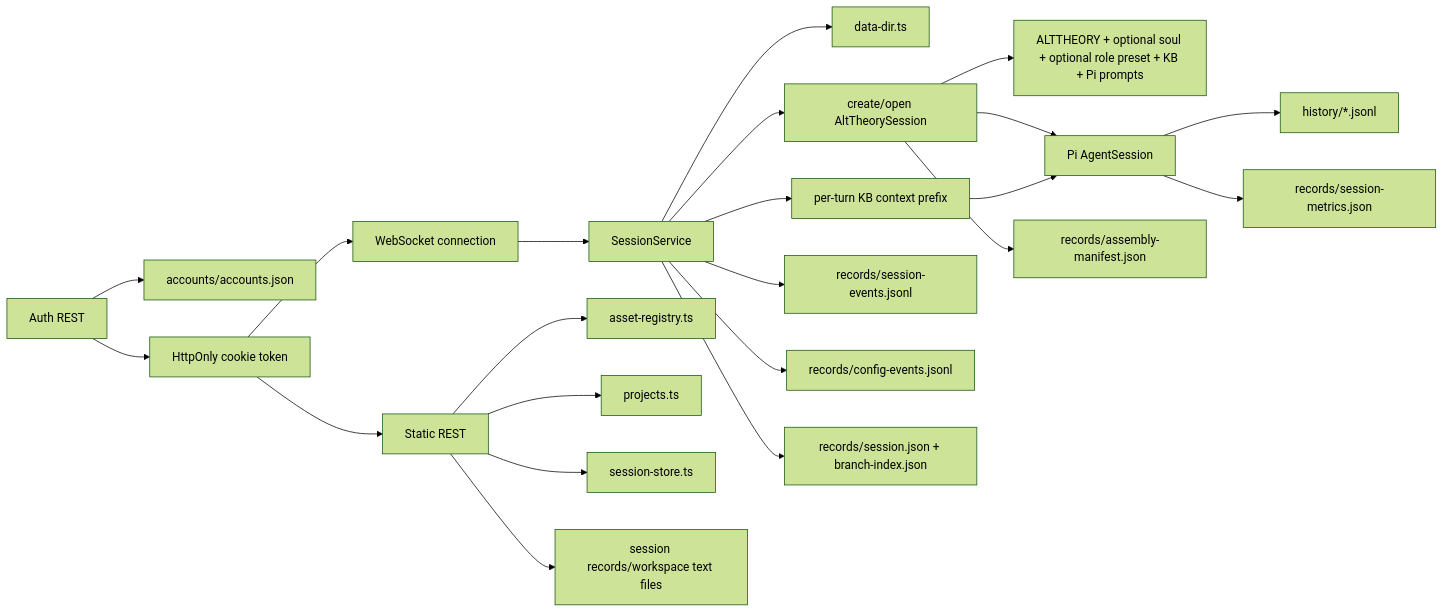
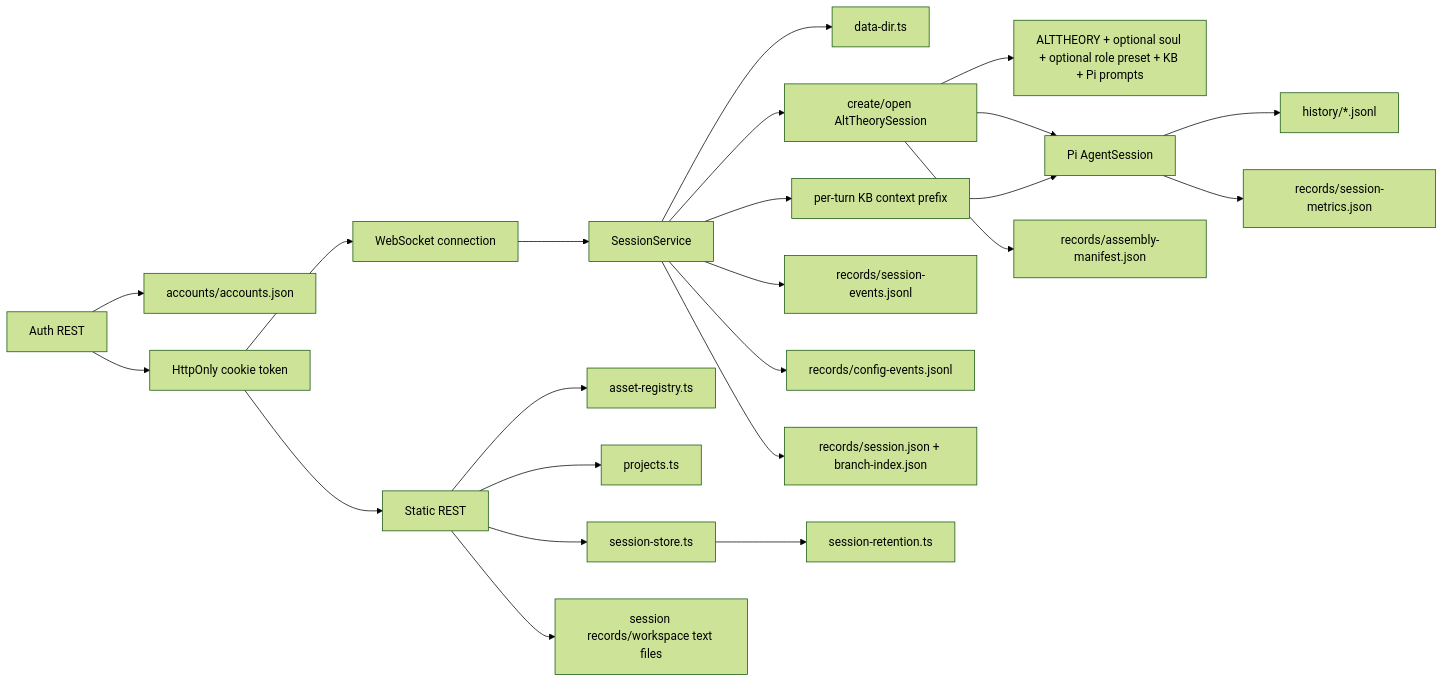
One commit to syuan-research/alt-theory changed the diagram in project/architecture/core-session-engine.md. Above: the diagram before and after it, drawn with Mermaid (forest theme). The commit also changed other lines of this file and 12 other files, not shown here.

Commit message:
feature: add private session retention

````diff
--- a/project/architecture/core-session-engine.md
+++ b/project/architecture/core-session-engine.md
@@ -75,24 +80,25 @@
 ```mermaid
 flowchart LR
   WS[WebSocket connection] --> Service[SessionService]
   Service --> Dirs[data-dir.ts]
   Service --> Core[create/open AltTheorySession]
   Core --> Assets[ALTTHEORY + optional soul + optional role preset + KB + Pi prompts]
   Core --> Pi[Pi AgentSession]
   Service --> Prefix[per-turn KB context prefix]
   Prefix --> Pi
   Pi --> JSONL[history/*.jsonl]
   Core --> Manifest[records/assembly-manifest.json]
   Pi --> Metrics[records/session-metrics.json]
   Service --> Events[records/session-events.jsonl]
   Service --> ConfigEvents[records/config-events.jsonl]
   Service --> V4Records[records/session.json + branch-index.json]
   AuthRoutes[Auth REST] --> AuthStore[accounts/accounts.json]
   AuthRoutes --> AuthCookie[HttpOnly cookie token]
   AuthCookie --> WS
   AuthCookie --> REST
   REST[Static REST] --> Registry[asset-registry.ts]
   REST --> Projects[projects.ts]
   REST --> Store[session-store.ts]
   REST --> SessionFiles[session records/workspace text files]
+  Store --> Retention[session-retention.ts]
 ```
````
